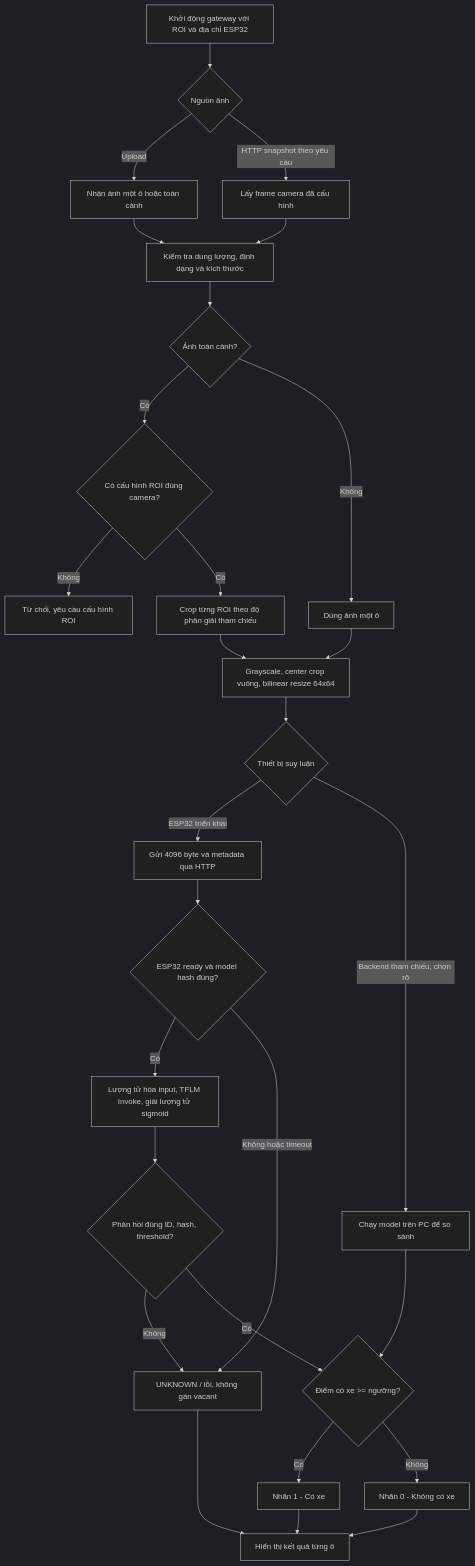
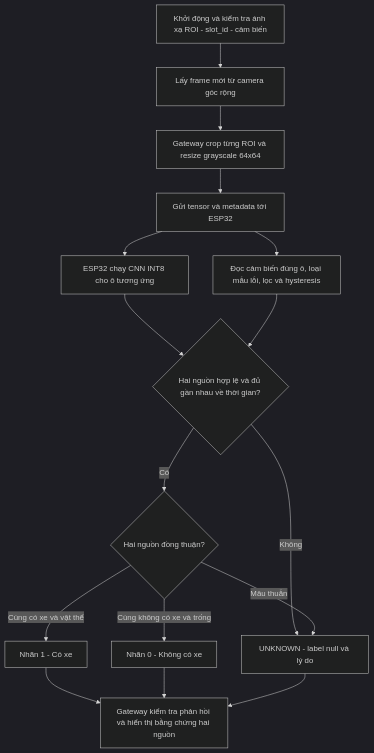
One commit to kienlc102/Project-3 changed the diagram in docs/activity_flow_diagram.md. Above: the diagram before and after it, drawn with Mermaid (dark theme). The commit also changed other lines of this file and 7 other files, not shown here.

````diff
--- a/docs/activity_flow_diagram.md
+++ b/docs/activity_flow_diagram.md
@@ -3,30 +5,18 @@
 ```mermaid
 flowchart TD
-    Start[Khởi động gateway với ROI và địa chỉ ESP32] --> Source{Nguồn ảnh}
-    Source -->|Upload| Upload[Nhận ảnh một ô hoặc toàn cảnh]
-    Source -->|HTTP snapshot theo yêu cầu| Camera[Lấy frame camera đã cấu hình]
-    Upload --> Validate[Kiểm tra dung lượng, định dạng và kích thước]
-    Camera --> Validate
-    Validate --> Scope{Ảnh toàn cảnh?}
-    Scope -->|Có| Config{Có cấu hình ROI đúng camera?}
-    Config -->|Không| Reject[Từ chối, yêu cầu cấu hình ROI]
-    Config -->|Có| Crop[Crop từng ROI theo độ phân giải tham chiếu]
-    Scope -->|Không| Single[Dùng ảnh một ô]
-    Crop --> Prep[Grayscale, center crop vuông, bilinear resize 64x64]
-    Single --> Prep
-    Prep --> Target{Thiết bị suy luận}
-    Target -->|ESP32 triển khai| Send[Gửi 4096 byte và metadata qua HTTP]
-    Target -->|Backend tham chiếu, chọn rõ| Reference[Chạy model trên PC để so sánh]
-    Send --> Device{ESP32 ready và model hash đúng?}
-    Device -->|Có| Infer[Lượng tử hóa input, TFLM Invoke, giải lượng tử sigmoid]
-    Device -->|Không hoặc timeout| Unknown[UNKNOWN / lỗi, không gán vacant]
-    Infer --> Verify{Phản hồi đúng ID, hash, threshold?}
-    Verify -->|Không| Unknown
-    Verify -->|Có| Score{Điểm có xe >= ngưỡng?}
-    Reference --> Score
-    Score -->|Có| Occupied[Nhãn 1 - Có xe]
-    Score -->|Không| Vacant[Nhãn 0 - Không có xe]
-    Occupied --> Result[Hiển thị kết quả từng ô]
+    Start[Khởi động và kiểm tra ánh xạ ROI - slot_id - cảm biến] --> Frame[Lấy frame mới từ camera góc rộng]
+    Frame --> Crop[Gateway crop từng ROI và resize grayscale 64x64]
+    Crop --> Send[Gửi tensor và metadata tới ESP32]
+    Send --> CNN[ESP32 chạy CNN INT8 cho ô tương ứng]
+    Send --> Measure[Đọc cảm biến đúng ô, loại mẫu lỗi, lọc và hysteresis]
+    CNN --> Fresh{Hai nguồn hợp lệ và đủ gần nhau về thời gian?}
+    Measure --> Fresh
+    Fresh -->|Không| Unknown[UNKNOWN - label null và lý do]
+    Fresh -->|Có| Agree{Hai nguồn đồng thuận?}
+    Agree -->|Cùng có xe và vật thể| Occupied[Nhãn 1 - Có xe]
+    Agree -->|Cùng không có xe và trống| Vacant[Nhãn 0 - Không có xe]
+    Agree -->|Mâu thuẫn| Unknown
+    Occupied --> Result[Gateway kiểm tra phản hồi và hiển thị bằng chứng hai nguồn]
     Vacant --> Result
     Unknown --> Result
 ```
````
